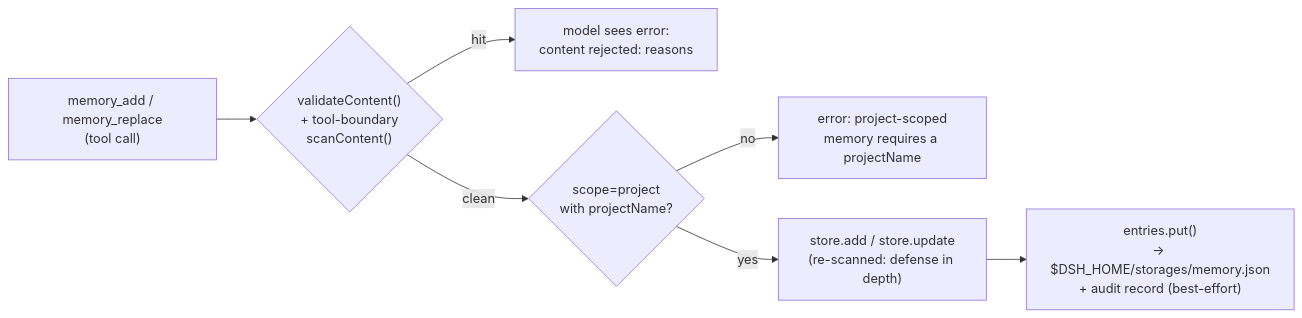
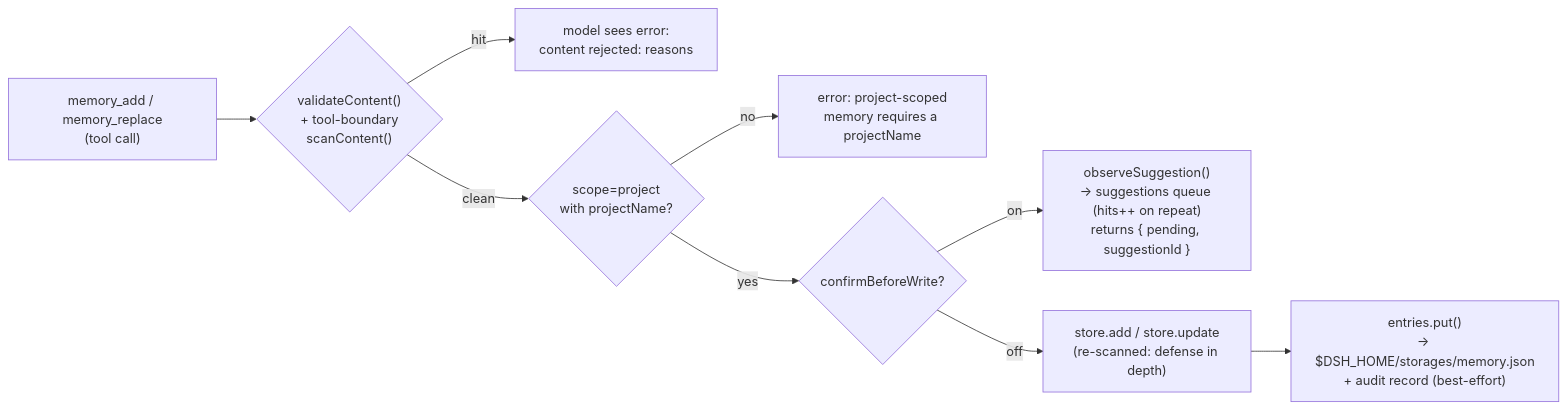
One commit to chenhw7/dsh-memory changed the second of 3 diagrams in docs/TECH_DESIGN.md. Above: the diagram before and after it, drawn with Mermaid. The commit also changed other lines of this file and 2 other files, not shown here.

First line of the commit message:
docs: sync README / TECH_DESIGN / SEQUENCE_DIAGRAMS with the v0.5.0 implementation

````diff
--- a/docs/TECH_DESIGN.md
+++ b/docs/TECH_DESIGN.md
@@ -145,9 +147,11 @@
 ```mermaid
 flowchart LR
   A["memory_add / memory_replace<br/>(tool call)"] --> B{"validateContent()<br/>+ tool-boundary<br/>scanContent()"}
   B -- "hit" --> E1["model sees error:<br/>content rejected: reasons"]
   B -- "clean" --> C{"scope=project<br/>with projectName?"}
   C -- "no" --> E2["error: project-scoped<br/>memory requires a projectName"]
-  C -- "yes" --> D["store.add / store.update<br/>(re-scanned: defense in depth)"]
+  C -- "yes" --> F{"confirmBeforeWrite?"}
+  F -- "on" --> G["observeSuggestion()<br/>→ suggestions queue (hits++ on repeat)<br/>returns { pending, suggestionId }"]
+  F -- "off" --> D["store.add / store.update<br/>(re-scanned: defense in depth)"]
   D --> E["entries.put()<br/>→ $DSH_HOME/storages/memory.json<br/>+ audit record (best-effort)"]
 ```
````
